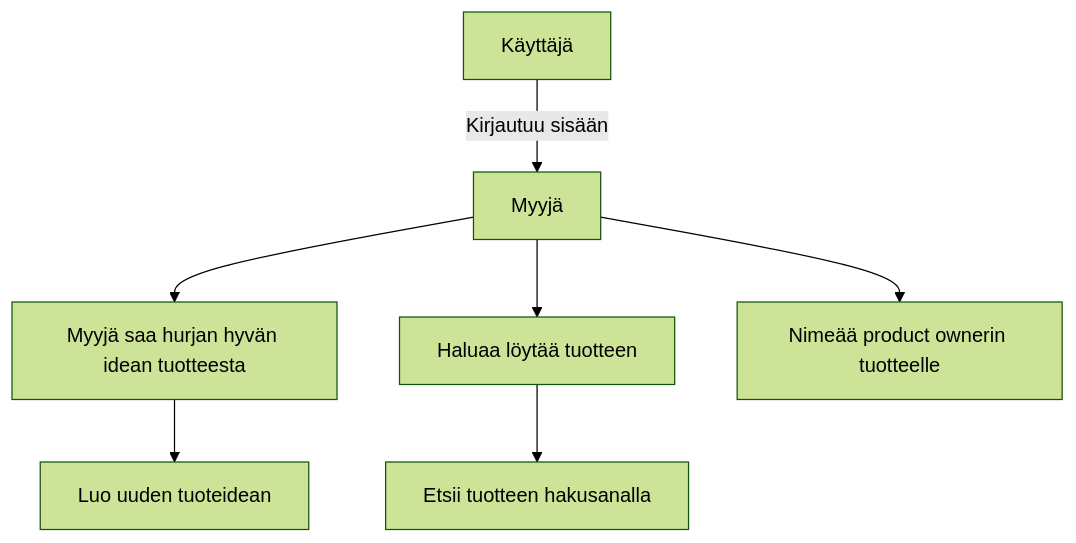
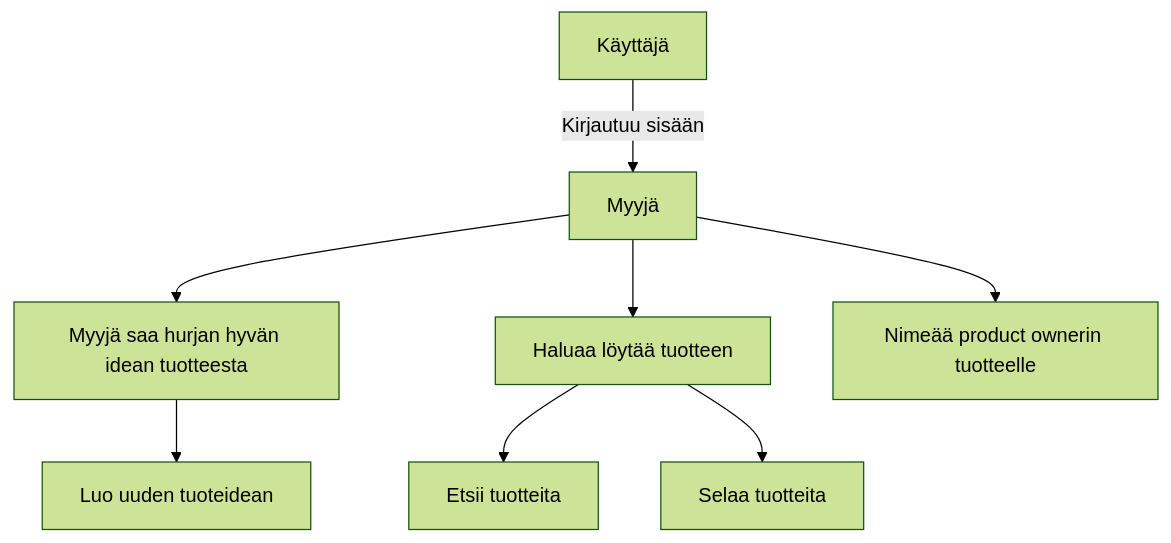
The fourth of 7 diagrams in dokumentit/02-vaatimusmaarittely/vaatimusmaarittely.md (martimik/TuHlaRi-core), drawn with Mermaid (forest theme) before and after one commit. The commit also changed other lines of this file, not shown here.

````diff
--- a/dokumentit/02-vaatimusmaarittely/vaatimusmaarittely.md
+++ b/dokumentit/02-vaatimusmaarittely/vaatimusmaarittely.md
@@ -169,19 +171,20 @@
 ```mermaid
  graph TD
  
 U["Käyttäjä"]
 M["Myyjä"]
 
 U --> |Kirjautuu sisään|M
 
 M --> A1
 M --> A2
 M --> A3
  
 A1["Myyjä saa hurjan hyvän idean tuotteesta"]-->B1["Luo uuden tuoteidean"]
 
-A2["Haluaa löytää tuotteen"]-->B2["Etsii tuotteen hakusanalla"]
+A2["Haluaa löytää tuotteen"]-->B2["Etsii tuotteita"]
+A2-->C2["Selaa tuotteita"]
 
 A3["Nimeää product ownerin tuotteelle"]
 
 ```
````
